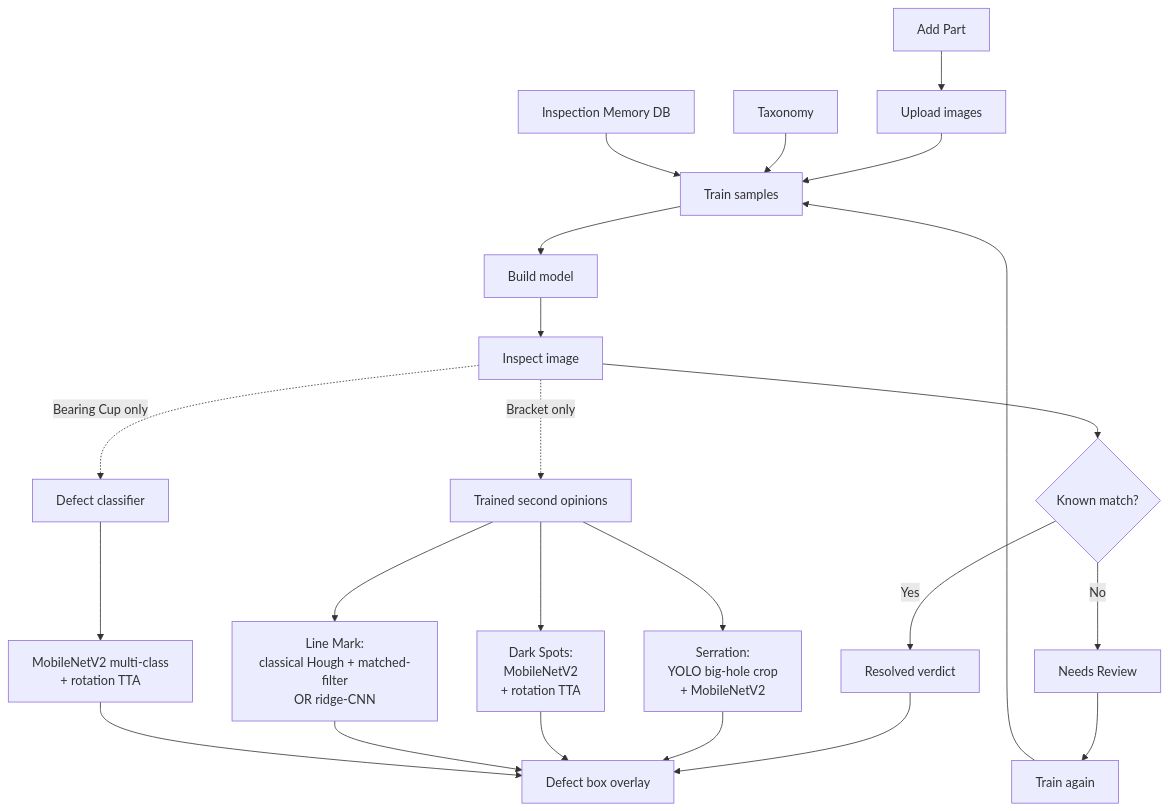
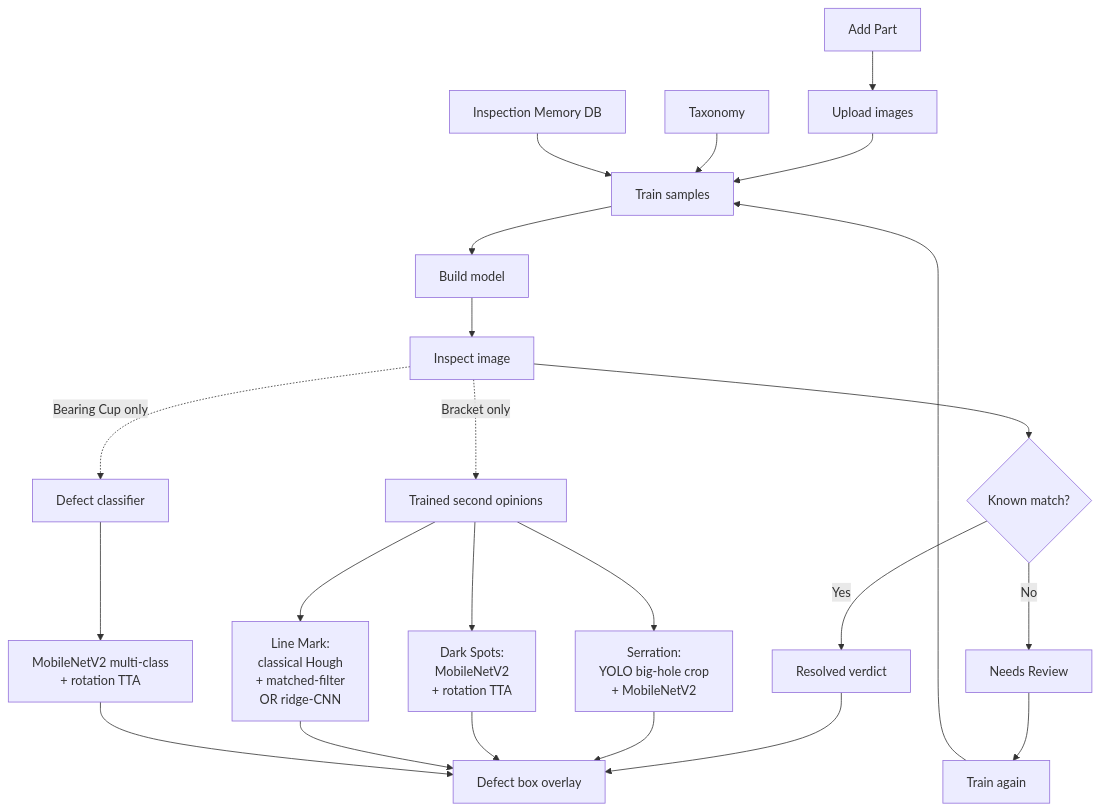
One commit to sdindiver/QMSInspector changed the diagram in README.md. Above: the diagram before and after it, drawn with Mermaid.

Commit message:
Break Line Mark mermaid label into shorter lines to avoid width clipping

````diff
--- a/README.md
+++ b/README.md
@@ -26,31 +26,31 @@
 ```mermaid
 flowchart TD
     A[Add Part] --> B[Upload images]
     B --> C[Train samples]
 
     K[Taxonomy] --> C
     M[Inspection Memory DB] --> C
 
     C --> D[Build model]
     D --> E[Inspect image]
     E --> F{Known match?}
 
     F -- Yes --> G[Resolved verdict]
     G --> G2[Defect box overlay]
 
     F -- No --> H[Needs Review]
     H --> I[Train again]
     I --> C
 
     E -. Bracket only .-> S[Trained second opinions]
     S --> S1["Serration:<br/>YOLO big-hole crop<br/>+ MobileNetV2"]
     S --> S3["Dark Spots:<br/>MobileNetV2<br/>+ rotation TTA"]
-    S --> S4["Line Mark:<br/>classical Hough + matched-filter<br/>OR ridge-CNN"]
+    S --> S4["Line Mark:<br/>classical Hough<br/>+ matched-filter<br/>OR ridge-CNN"]
     S1 --> G2
     S3 --> G2
     S4 --> G2
 
     E -. Bearing Cup only .-> BC[Defect classifier]
     BC --> BC1["MobileNetV2 multi-class<br/>+ rotation TTA"]
     BC1 --> G2
 ```
````
